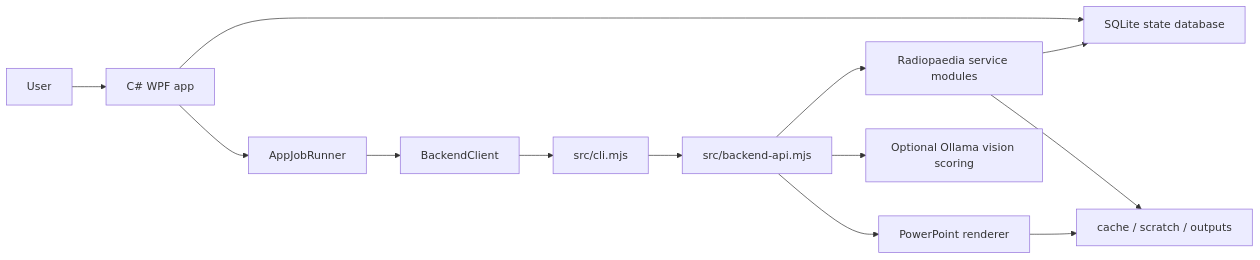
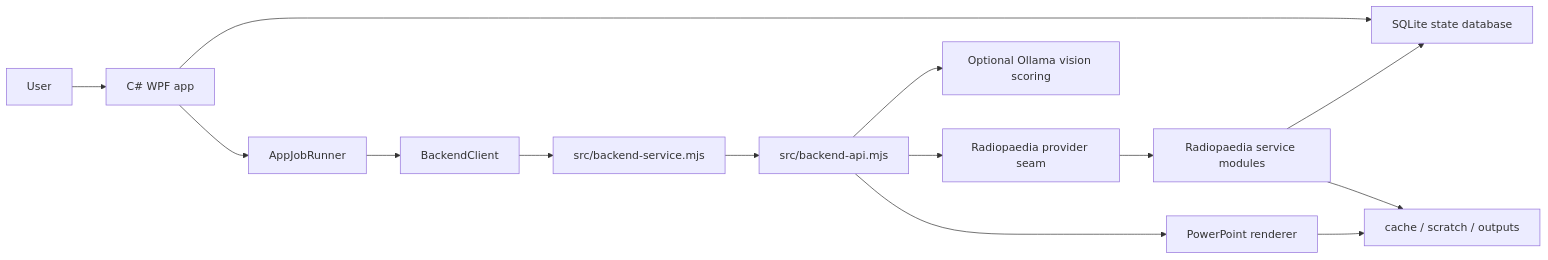
Before and after one commit to funwithcthulhu/radiology-ppt: the first of 2 diagrams in docs/ARCHITECTURE.md, drawn with Mermaid. The commit also changed other lines of this file and 4 other files, not shown here.

````diff
--- a/docs/ARCHITECTURE.md
+++ b/docs/ARCHITECTURE.md
@@ -5,27 +5,29 @@
 ```mermaid
 flowchart LR
   User["User"]
   WPF["C# WPF app"]
   Jobs["AppJobRunner"]
   Storage["SQLite state database"]
   Backend["BackendClient"]
-  CLI["src/cli.mjs"]
+  Service["src/backend-service.mjs"]
   API["src/backend-api.mjs"]
+  Provider["Radiopaedia provider seam"]
   RP["Radiopaedia service modules"]
   Deck["PowerPoint renderer"]
   Ollama["Optional Ollama vision scoring"]
   Files["cache / scratch / outputs"]
 
   User --> WPF
   WPF --> Jobs
   WPF --> Storage
   Jobs --> Backend
-  Backend --> CLI
-  CLI --> API
-  API --> RP
+  Backend --> Service
+  Service --> API
+  API --> Provider
+  Provider --> RP
   API --> Deck
   API --> Ollama
   RP --> Storage
   RP --> Files
   Deck --> Files
 ```
````
